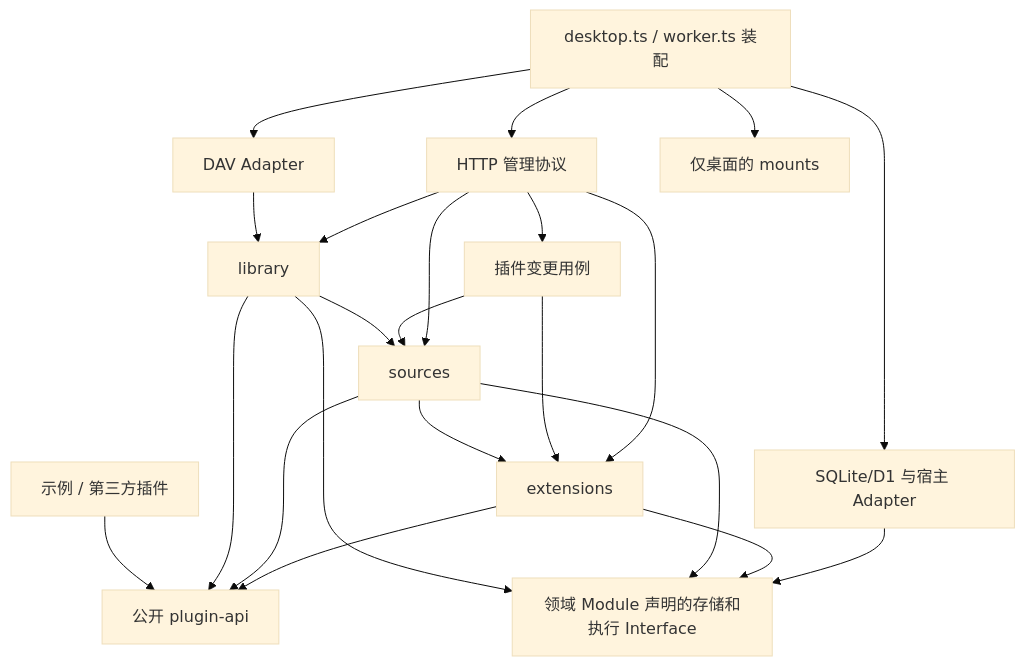
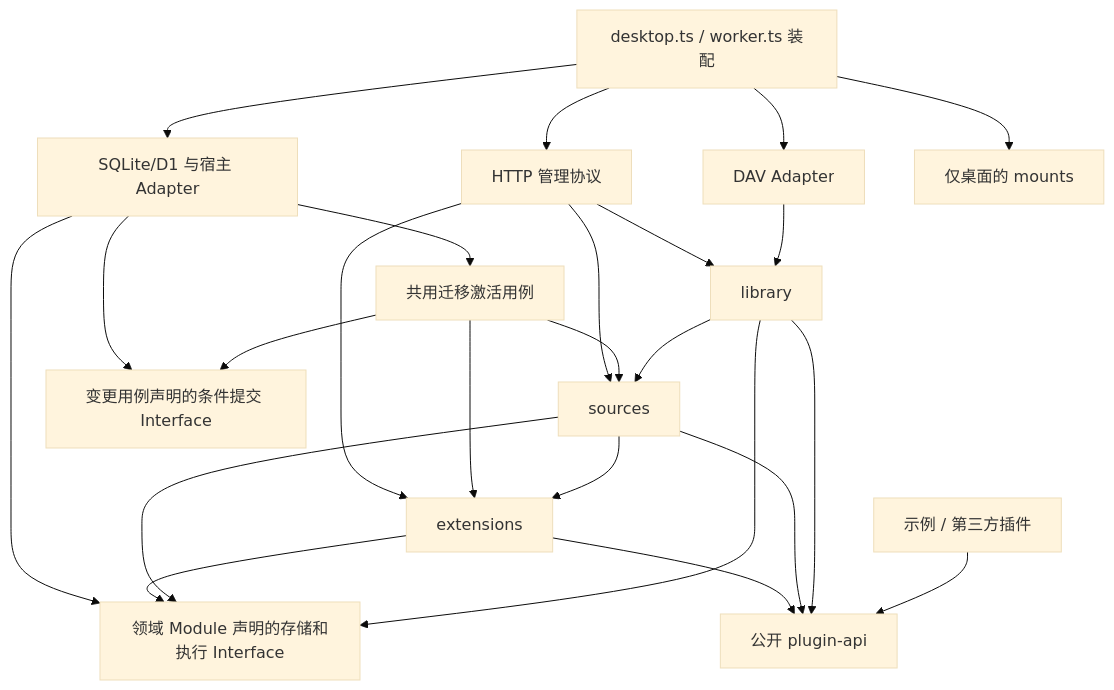
One commit to shengyusi-SYS/musicfs changed the eighth of 12 diagrams in docs/architecture/diagrams.md. Above: the diagram before and after it, drawn with Mermaid (base theme). The commit also changed other lines of this file and 40 other files, not shown here.

````diff
--- a/docs/architecture/diagrams.md
+++ b/docs/architecture/diagrams.md
@@ -231,24 +249,26 @@
 ```mermaid
 flowchart TD
   Entry[desktop.ts / worker.ts 装配] --> HTTP[HTTP 管理协议]
   Entry --> DAV[DAV Adapter]
   Entry --> Infra[SQLite/D1 与宿主 Adapter]
   Entry --> Mounts[仅桌面的 mounts]
-  HTTP --> UC[插件变更用例]
+  Infra --> UC[共用迁移激活用例]
   HTTP --> L[library]
   HTTP --> S[sources]
   HTTP --> E[extensions]
   DAV --> L
   UC --> E
   UC --> S
   L --> S
   S --> E
   E --> API[公开 plugin-api]
   S --> API
   L --> API
   P[示例 / 第三方插件] --> API
   Infra --> Ports[领域 Module 声明的存储和执行 Interface]
+  Infra --> ChangeStore[变更用例声明的条件提交 Interface]
+  UC --> ChangeStore
   E --> Ports
   S --> Ports
   L --> Ports
 ```
````
